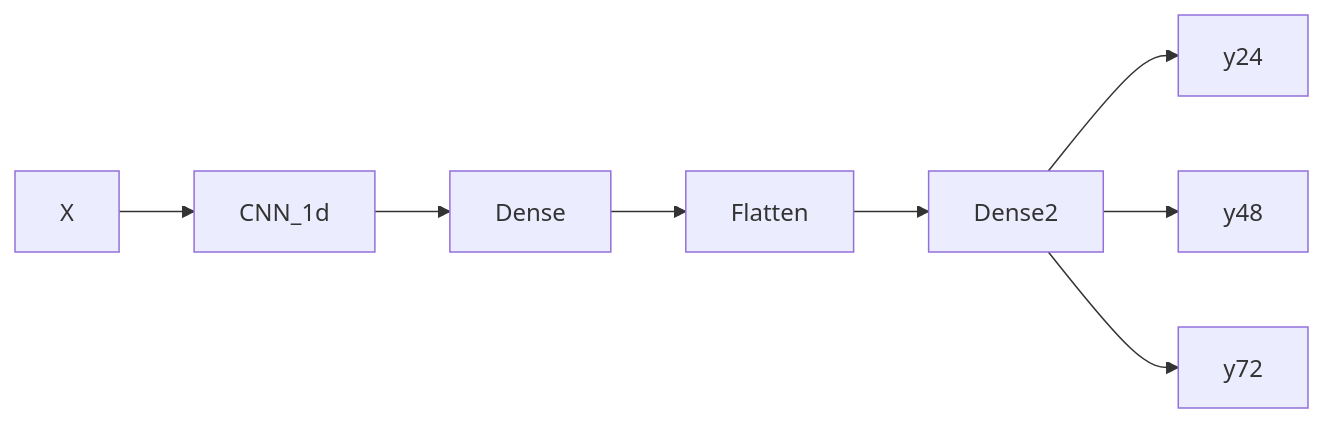
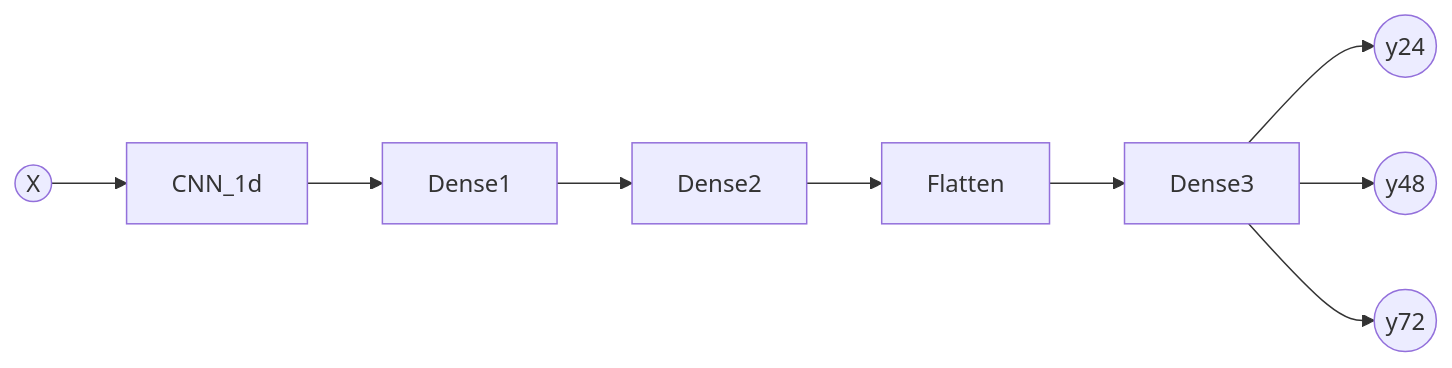
The diagram in README.md (mmngreco/aguathon_2019), drawn with Mermaid before and after one commit. The commit also changed other lines of this file and 3 other files, not shown here.

````diff
--- a/README.md
+++ b/README.md
@@ -28,10 +37,11 @@
 ```mermaid
 graph LR
-X --> CNN_1d
-CNN_1d --> Dense
-Dense --> Flatten
-Flatten --> Dense2
-Dense2 --> y24
-Dense2 --> y48
-Dense2 --> y72
+A((X)) --> CNN_1d
+CNN_1d --> Dense1
+Dense1 --> Dense2
+Dense2 --> Flatten
+Flatten --> Dense3
+Dense3 --> B((y24))
+Dense3 --> C((y48))
+Dense3 --> D((y72))
 ```
````
